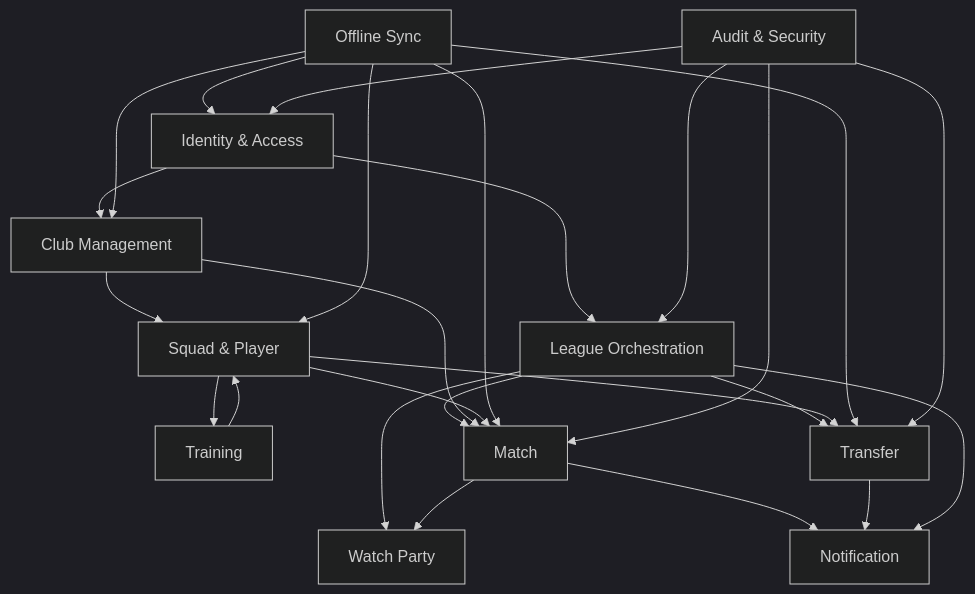
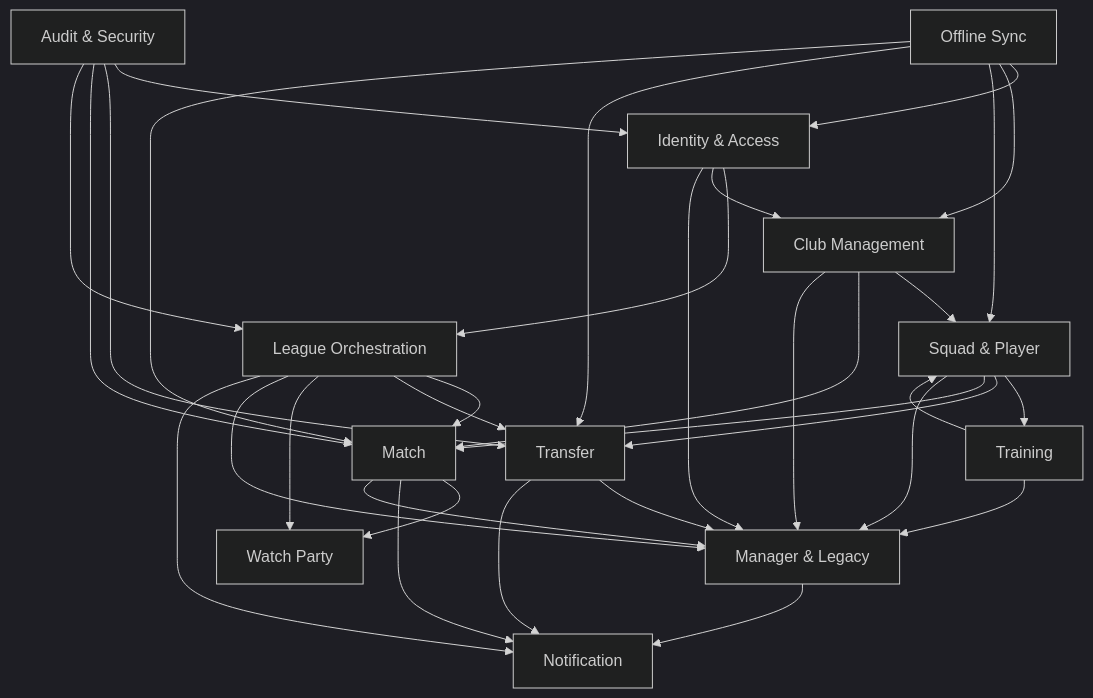
The diagram in docs/10-Architecture/bounded-context-map.md (EtroxTaran/klubhaus-elf), drawn with Mermaid (dark theme) before and after one commit. The commit also changed other lines of this file and 6 other files, not shown here.

First line of the commit message:
[FMX-35] docs: ratify ADR-0051 + apply manager-legacy map patch (#86)

````diff
--- a/docs/10-Architecture/bounded-context-map.md
+++ b/docs/10-Architecture/bounded-context-map.md
@@ -80,39 +77,48 @@
 ```mermaid
 flowchart TB
     Identity["Identity & Access"]
     League["League Orchestration"]
     Club["Club Management"]
     Squad["Squad & Player"]
     Training["Training"]
     Transfer["Transfer"]
     Match["Match"]
     WP["Watch Party"]
     Notif["Notification"]
+    ML["Manager & Legacy"]
     Offline["Offline Sync"]
     Audit["Audit & Security"]
 
     Identity --> League
     Identity --> Club
+    Identity --> ML
     League --> Match
     League --> Transfer
     League --> WP
+    League --> ML
     Club --> Squad
     Club --> Match
+    Club --> ML
     Squad --> Training
     Squad --> Transfer
     Squad --> Match
+    Squad --> ML
     Training --> Squad
+    Training --> ML
+    Transfer --> ML
     Match --> WP
     Match --> Notif
+    Match --> ML
     Transfer --> Notif
     League --> Notif
+    ML --> Notif
     Offline --> Identity
     Offline --> Club
     Offline --> Squad
     Offline --> Transfer
     Offline --> Match
     Audit --> Identity
     Audit --> Transfer
     Audit --> Match
     Audit --> League
 ```
````
